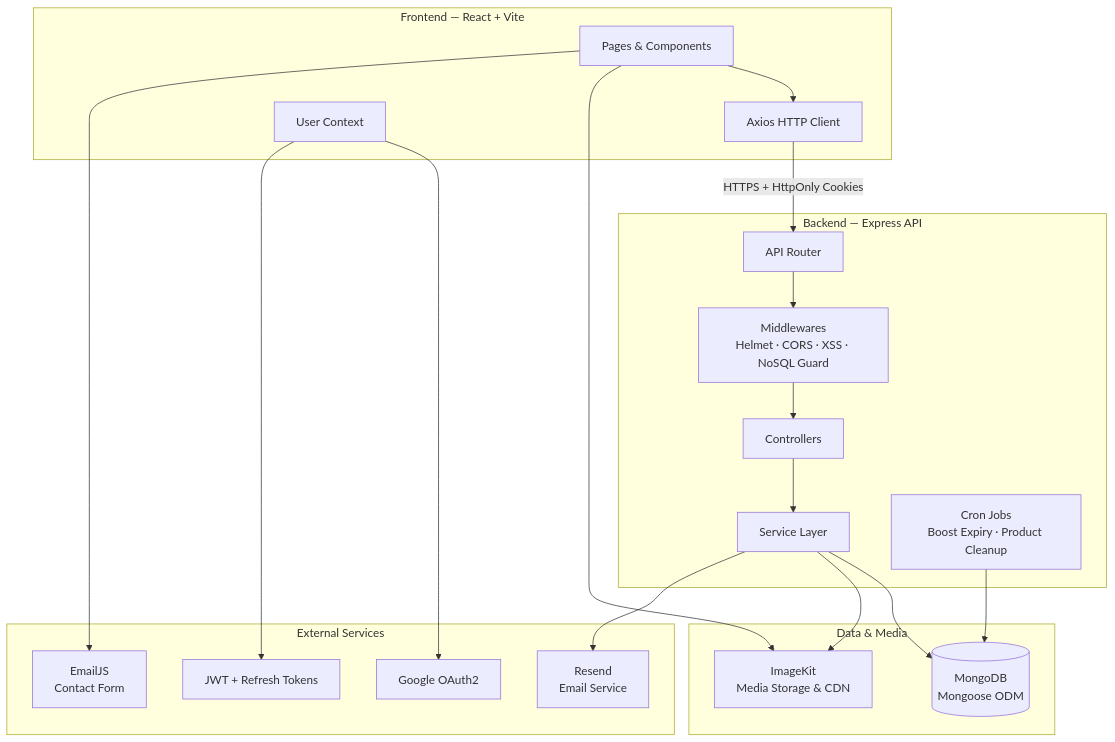
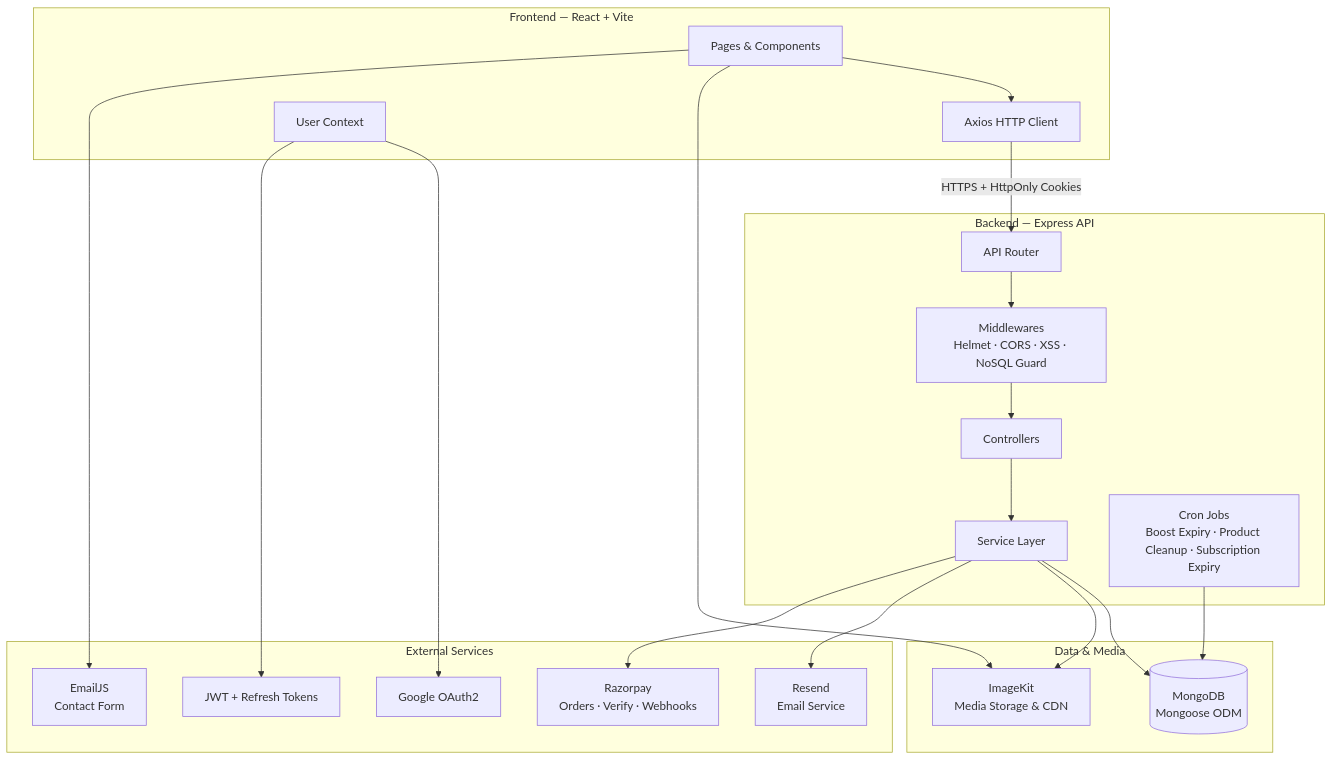
One commit to Imaginum-org/Unideals changed the diagram in Readme.md. Above: the diagram before and after it, drawn with Mermaid. The commit also changed other lines of this file and 2 other files, not shown here.

````diff
--- a/Readme.md
+++ b/Readme.md
@@ -134,46 +141,49 @@
 ```mermaid
 flowchart TB
     subgraph Client ["Frontend — React + Vite"]
         UI[Pages & Components]
         Axios[Axios HTTP Client]
         UserCtx[User Context]
     end
 
     subgraph Server ["Backend — Express API"]
         Router[API Router]
         MW["Middlewares
 Helmet · CORS · XSS · NoSQL Guard"]
         Controllers[Controllers]
         Services[Service Layer]
         Jobs["Cron Jobs
-Boost Expiry · Product Cleanup"]
+Boost Expiry · Product Cleanup · Subscription Expiry"]
     end
 
     subgraph Data ["Data & Media"]
         MongoDB[(MongoDB
 Mongoose ODM)]
         ImageKit[ImageKit
 Media Storage & CDN]
     end
 
     subgraph External ["External Services"]
         JWT[JWT + Refresh Tokens]
         Google[Google OAuth2]
+        Razorpay[Razorpay
+Orders · Verify · Webhooks]
         Resend[Resend
 Email Service]
         EmailJS[EmailJS
 Contact Form]
     end
 
     UI --> Axios
     Axios -->|HTTPS + HttpOnly Cookies| Router
     Router --> MW --> Controllers --> Services
     Services --> MongoDB
     Services --> ImageKit
     Services --> Resend
+    Services --> Razorpay
     Jobs --> MongoDB
     UserCtx --> Google
     UserCtx --> JWT
     UI --> ImageKit
     UI --> EmailJS
 ```
````
